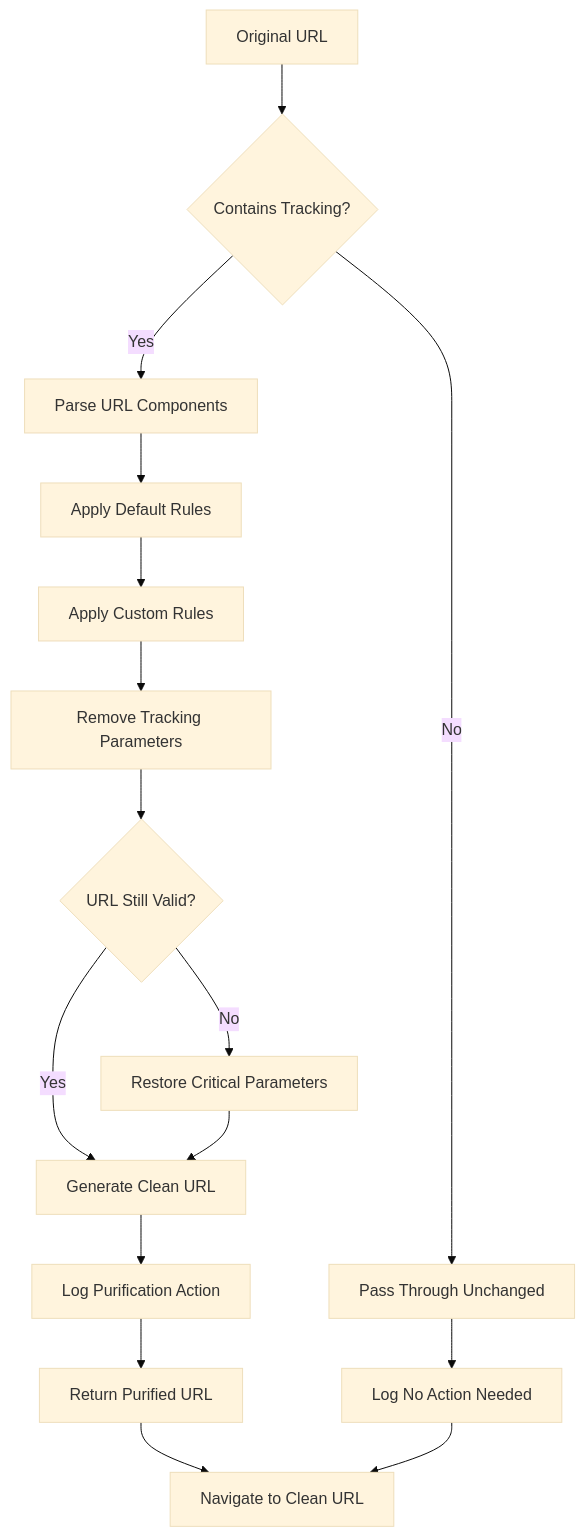
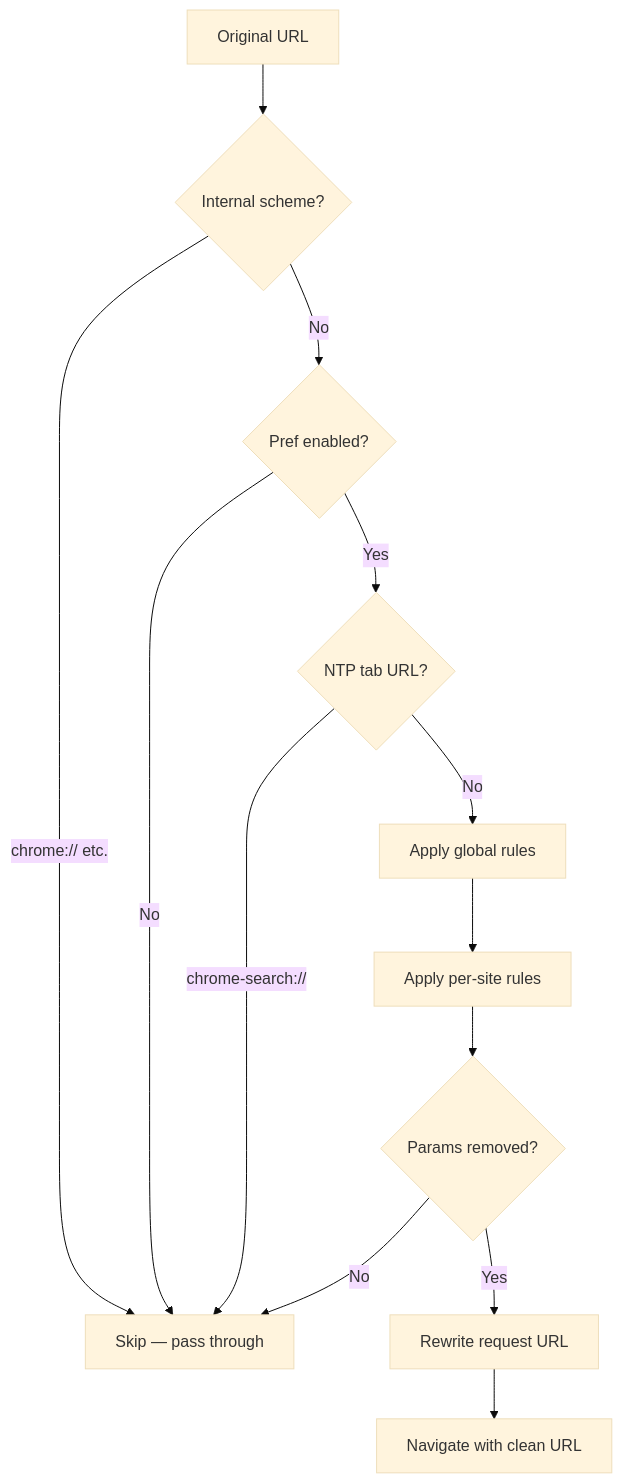
The diagram in public/content/chromium/features/custom-browser/privacy-guard.md (WanderLust-Tech/wanderlust-knowledgebase), drawn with Mermaid (base theme) before and after one commit. The commit also changed other lines of this file and 194 other files, not shown here.

````diff
--- a/public/content/chromium/features/custom-browser/privacy-guard.md
+++ b/public/content/chromium/features/custom-browser/privacy-guard.md
@@ -110,22 +30,15 @@
 ```mermaid
 flowchart TD
-    A[Original URL] --> B{Contains Tracking?}
-    B -->|No| C[Pass Through Unchanged]
-    B -->|Yes| D[Parse URL Components]
-    
-    D --> E[Apply Default Rules]
-    E --> F[Apply Custom Rules]
-    F --> G[Remove Tracking Parameters]
-    
-    G --> H{URL Still Valid?}
-    H -->|No| I[Restore Critical Parameters]
-    H -->|Yes| J[Generate Clean URL]
-    
-    I --> J
-    J --> K[Log Purification Action]
-    K --> L[Return Purified URL]
-    
-    C --> M[Log No Action Needed]
-    L --> N[Navigate to Clean URL]
-    M --> N
+    A[Original URL] --> B{Internal scheme?}
+    B -->|chrome:// etc.| C[Skip — pass through]
+    B -->|No| D{Pref enabled?}
+    D -->|No| C
+    D -->|Yes| E{NTP tab URL?}
+    E -->|chrome-search://| C
+    E -->|No| F[Apply global rules]
+    F --> G[Apply per-site rules]
+    G --> H{Params removed?}
+    H -->|No| C
+    H -->|Yes| I[Rewrite request URL]
+    I --> J[Navigate with clean URL]
 ```
````
